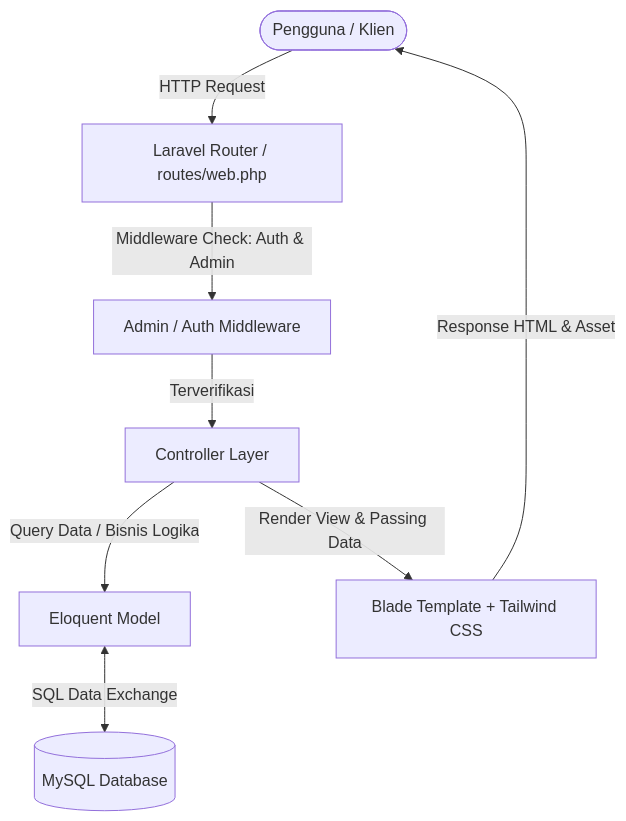
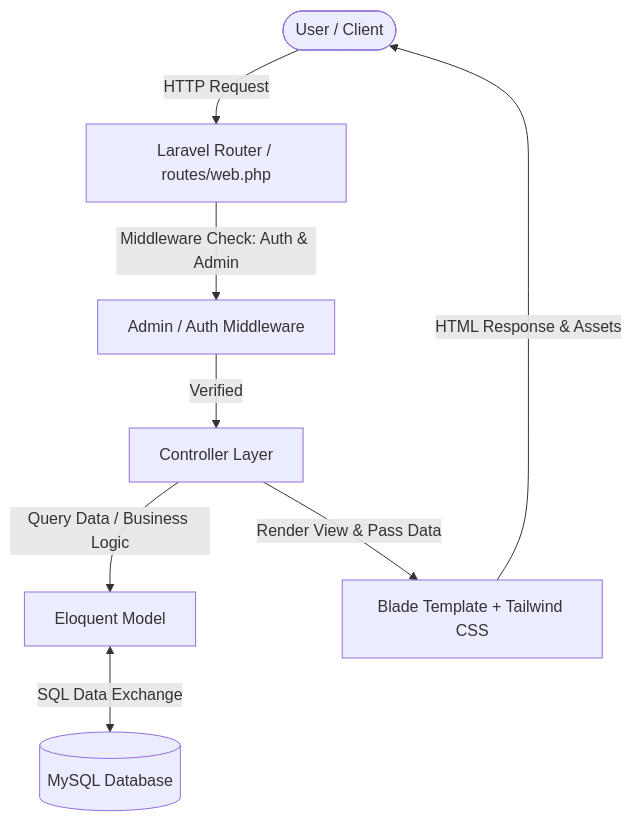
One commit to zan-ux/BLUD_SMKN2PURWAKARTA changed the first of 2 diagrams in README.md. Above: the diagram before and after it, drawn with Mermaid. The commit also changed other lines of this file and 7 other files, not shown here.

Commit message:
modified:   README.md 	modified:   document/README.md 	modified:   document/api.md 	modified:   document/architecture.md 	modified:   document/auth.md 	modified:   document/database.md 	modified:   document/features.md 	modified:   document/setup.md

````diff
--- a/README.md
+++ b/README.md
@@ -149,10 +150,10 @@
 ```mermaid
 graph TD
-    User([Pengguna / Klien]) -->|HTTP Request| Route[Laravel Router / routes/web.php]
+    User([User / Client]) -->|HTTP Request| Route[Laravel Router / routes/web.php]
     Route -->|Middleware Check: Auth & Admin| Middleware[Admin / Auth Middleware]
-    Middleware -->|Terverifikasi| Controller[Controller Layer]
-    Controller -->|Query Data / Bisnis Logika| Model[Eloquent Model]
+    Middleware -->|Verified| Controller[Controller Layer]
+    Controller -->|Query Data / Business Logic| Model[Eloquent Model]
     Model <-->|SQL Data Exchange| DB[(MySQL Database)]
-    Controller -->|Render View & Passing Data| View[Blade Template + Tailwind CSS]
-    View -->|Response HTML & Asset| User
+    Controller -->|Render View & Pass Data| View[Blade Template + Tailwind CSS]
+    View -->|HTML Response & Assets| User
 ```
````
